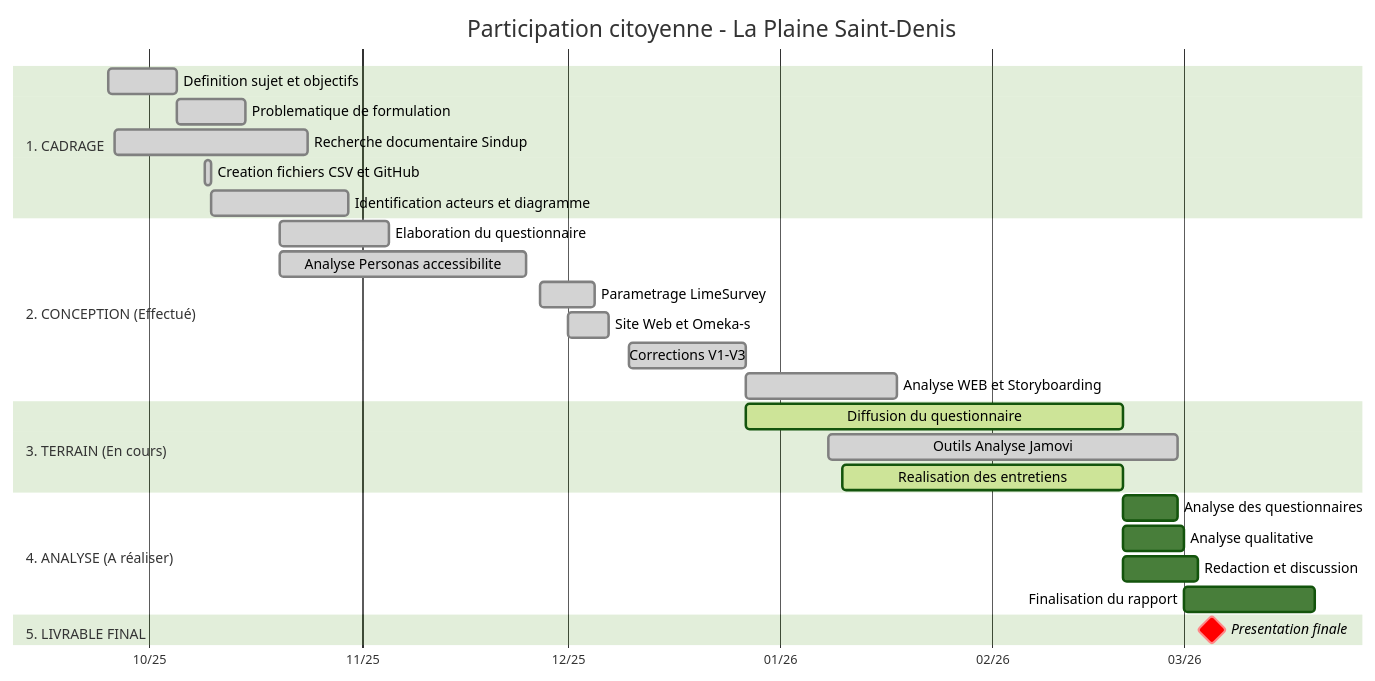
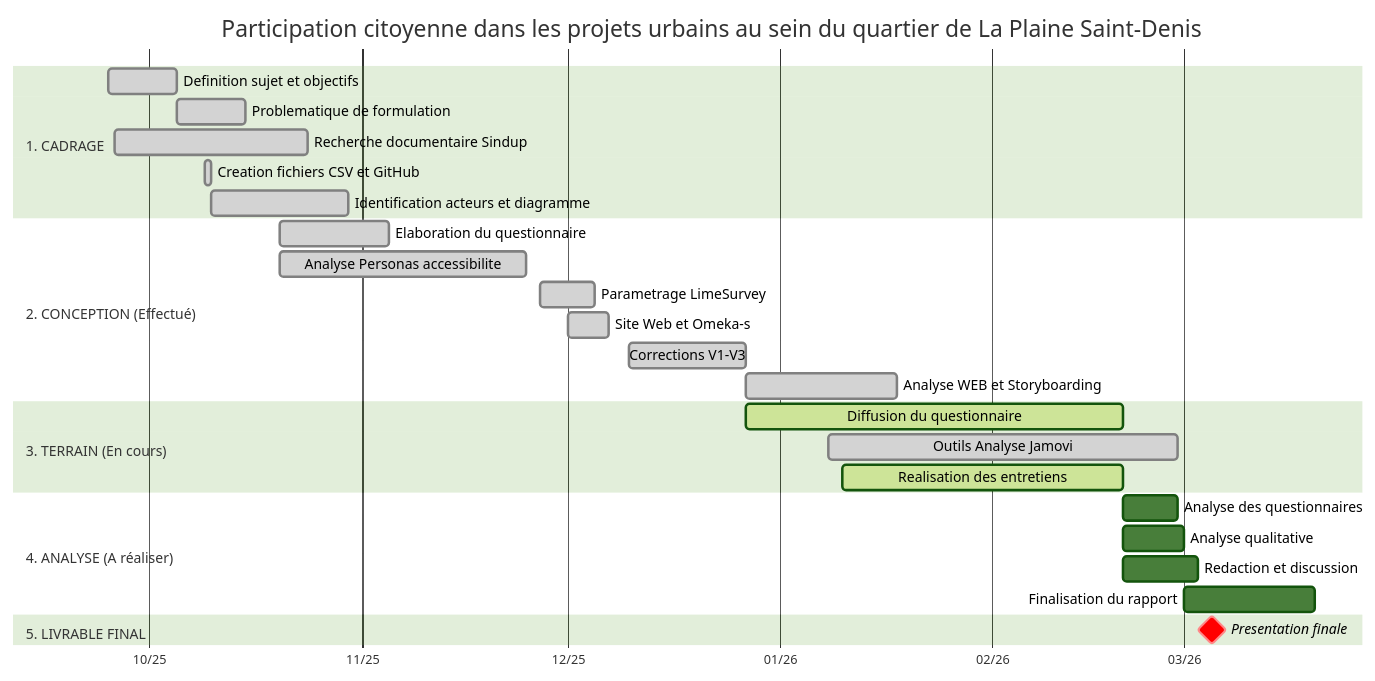
One commit to kahiarchi/LeBatiment_PlaineSaintDenis changed the diagram in acteurskahiarchiR.md. Above: the diagram before and after it, drawn with Mermaid (forest theme).

````diff
--- a/acteurskahiarchiR.md
+++ b/acteurskahiarchiR.md
@@ -1,35 +1,35 @@
 ```mermaid
 gantt
-    title Participation citoyenne - La Plaine Saint-Denis
+    title Participation citoyenne dans les projets urbains au sein du quartier de La Plaine Saint-Denis
     dateFormat  YYYY-MM-DD
     axisFormat  %m/%y
     
     section 1. CADRAGE 
     Definition sujet et objectifs           :done, t1, 2025-09-25, 2025-10-05
     Problematique de formulation            :done, t2, 2025-10-05, 2025-10-15
     Recherche documentaire Sindup           :done, t3, 2025-09-26, 2025-10-24
     Creation fichiers CSV et GitHub         :done, t4, 2025-10-09, 2025-10-10
     Identification acteurs et diagramme     :done, t5, 2025-10-10, 2025-10-30
 
     section 2. CONCEPTION (Effectué)
     Elaboration du questionnaire            :done, t6, 2025-10-20, 2025-11-05
     Analyse Personas accessibilite          :done, t7, 2025-10-20, 2025-11-25
     Parametrage LimeSurvey                  :done, t8, 2025-11-27, 2025-12-05
     Site Web et Omeka-s                     :done, t9, 2025-12-01, 2025-12-07
     Corrections V1-V3                       :done, t10, 2025-12-10, 2025-12-27
     Analyse WEB et Storyboarding            :done, t11, 2025-12-27, 2026-01-18
 
     section 3. TERRAIN (En cours)
     Diffusion du questionnaire              :active, t12, 2025-12-27, 2026-02-20
     Outils Analyse Jamovi                   :done, t13, 2026-01-08, 2026-02-28
     Realisation des entretiens              :active, t14, 2026-01-10, 2026-02-20
 
     section 4. ANALYSE (A réaliser)
     Analyse des questionnaires              :t15, 2026-02-20, 2026-02-28
     Analyse qualitative                     :t16, 2026-02-20, 2026-03-01
     Redaction et discussion                 :t17, 2026-02-20, 2026-03-03
     Finalisation du rapport                 :t18, 2026-03-01, 2026-03-20
 
     section 5. LIVRABLE FINAL
     Presentation finale                     :crit, milestone, 2026-03-05, 0d
 ```
````
